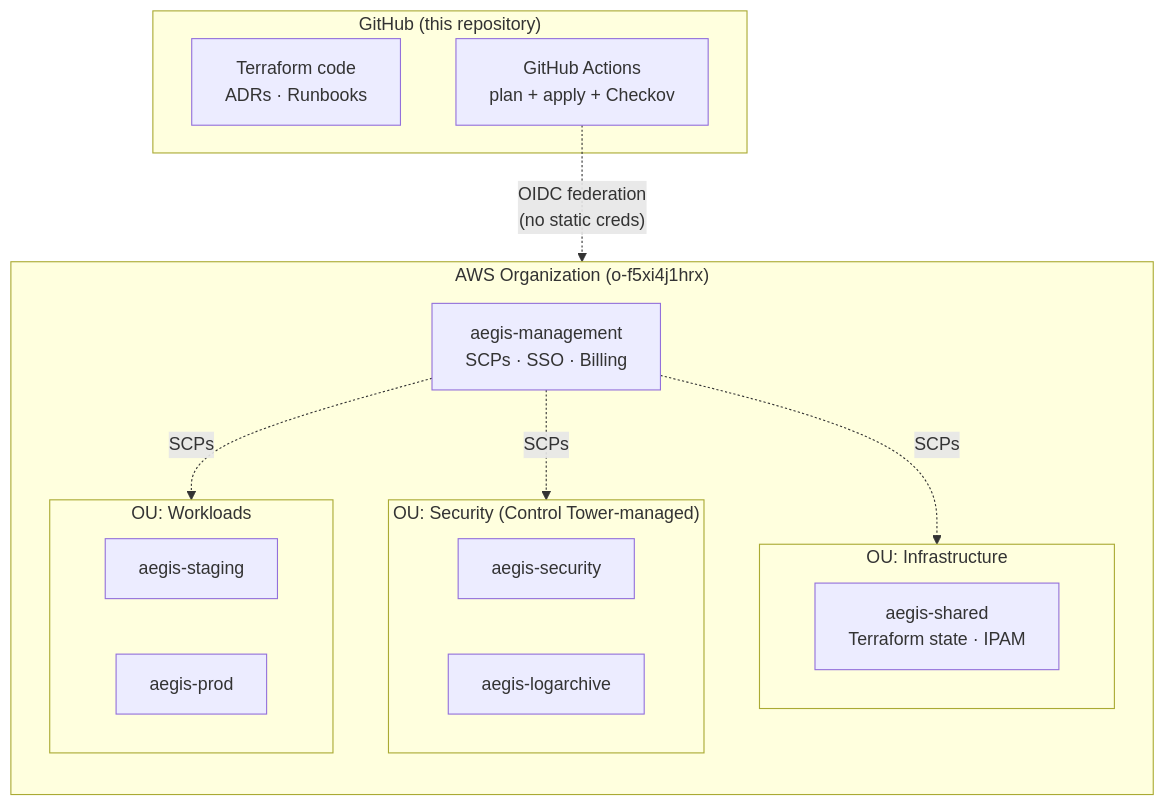
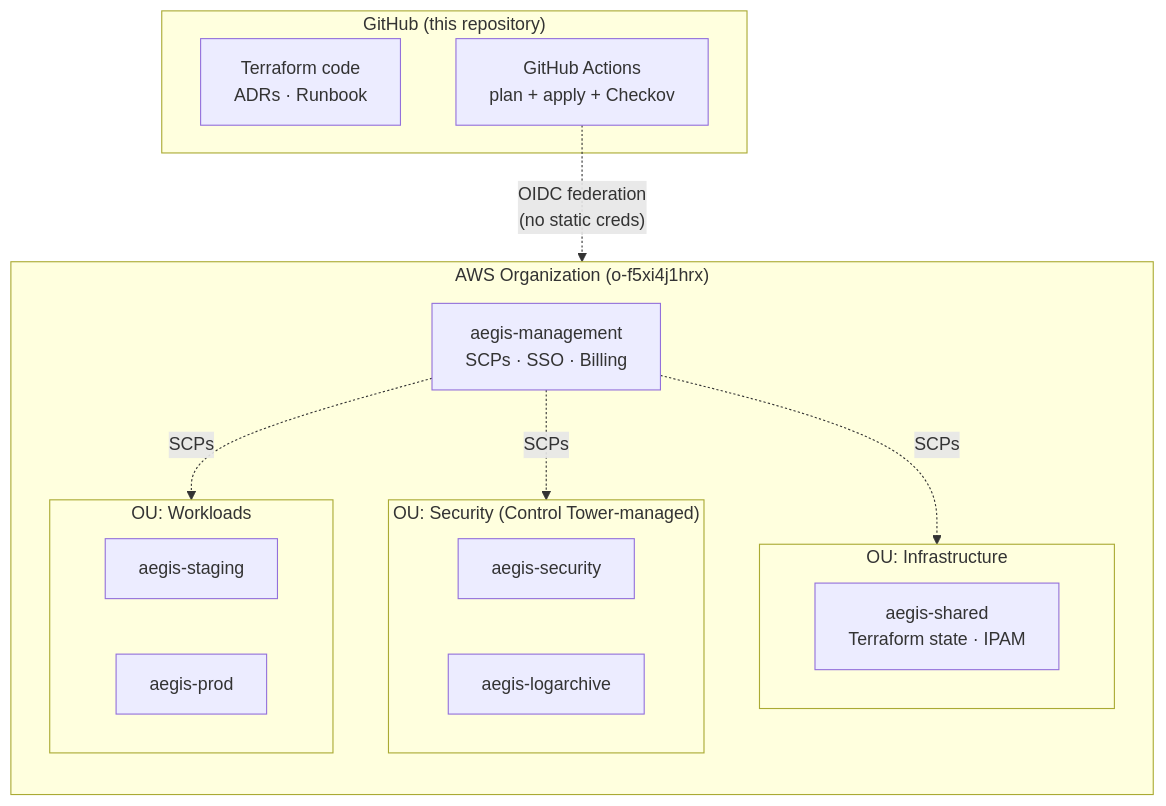
One commit to BinHsu/aegis-aws-landing-zone changed the diagram in README.md. Above: the diagram before and after it, drawn with Mermaid. The commit also changed other lines of this file and 220 other files, not shown here.

````diff
--- a/README.md
+++ b/README.md
@@ -60,31 +61,31 @@
 ```mermaid
 flowchart TB
   subgraph GH["GitHub (this repository)"]
-    Code["Terraform code<br/>ADRs · Runbooks"]
+    Code["Terraform code<br/>ADRs · Runbook"]
     CI["GitHub Actions<br/>plan + apply + Checkov"]
   end
 
   subgraph Org["AWS Organization (o-f5xi4j1hrx)"]
     direction TB
     Mgmt["aegis-management<br/>SCPs · SSO · Billing"]
 
     subgraph Sec["OU: Security (Control Tower-managed)"]
       Audit["aegis-security"]
       Log["aegis-logarchive"]
     end
 
     subgraph Inf["OU: Infrastructure"]
       Shared["aegis-shared<br/>Terraform state · IPAM"]
     end
 
     subgraph Wrk["OU: Workloads"]
       Stg["aegis-staging"]
       Prd["aegis-prod"]
     end
   end
 
   CI -. OIDC federation<br/>(no static creds) .-> Org
   Mgmt -. SCPs .-> Sec
   Mgmt -. SCPs .-> Inf
   Mgmt -. SCPs .-> Wrk
 ```
````
